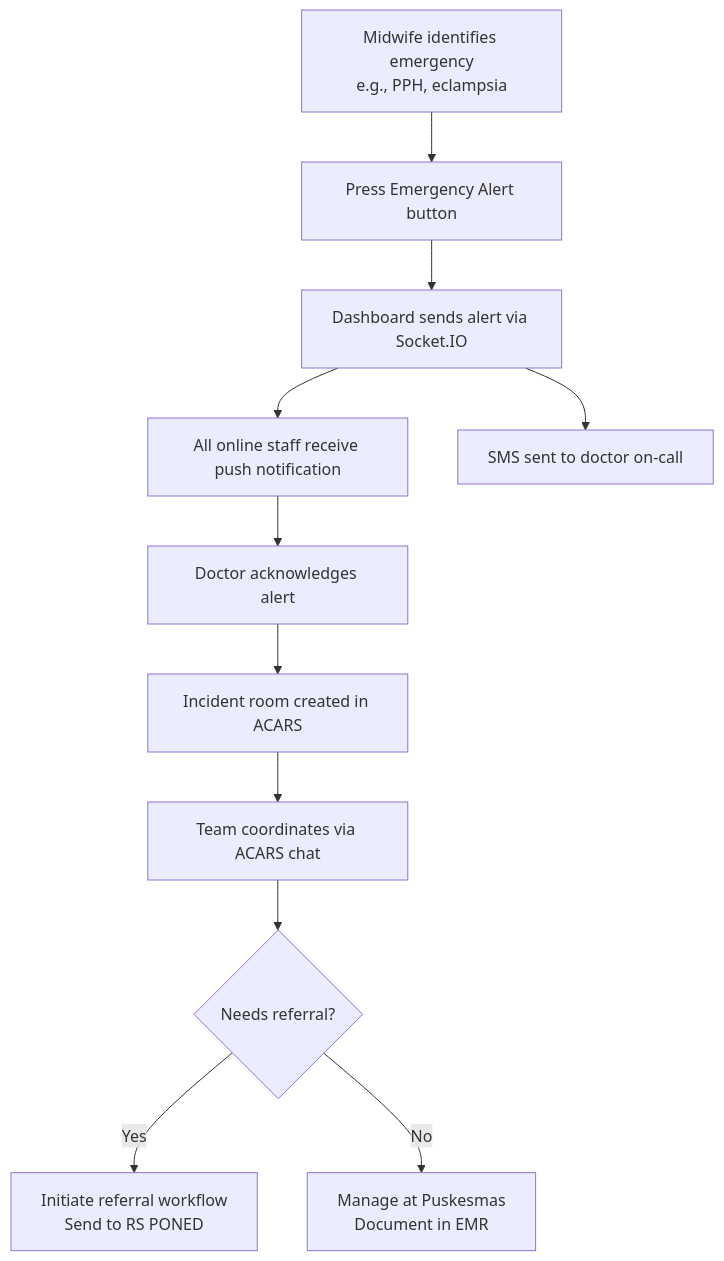
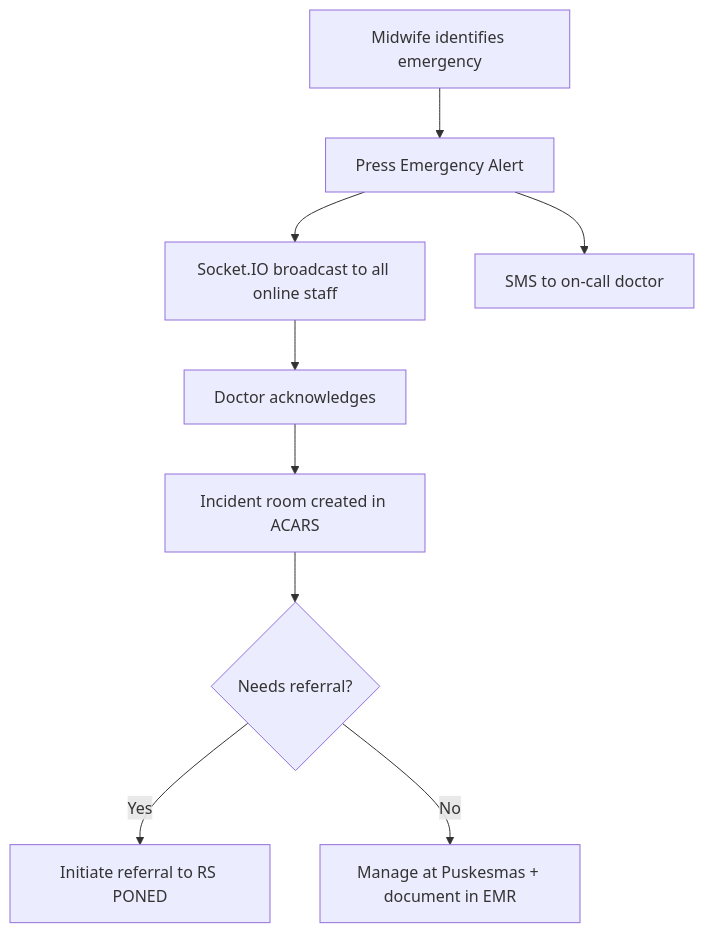
The ninth of 18 diagrams in README.md (Avvicenna/intelligenceboard), drawn with Mermaid before and after one commit. The commit also changed other lines of this file, not shown here.

````diff
--- a/README.md
+++ b/README.md
@@ -1589,13 +937,11 @@
 ```mermaid
 flowchart TD
-    A[Midwife identifies emergency\ne.g., PPH, eclampsia] --> B[Press Emergency Alert button]
-    B --> C[Dashboard sends alert via Socket.IO]
-    C --> D[All online staff receive push notification]
-    C --> E[SMS sent to doctor on-call]
-    D --> F[Doctor acknowledges alert]
-    F --> G[Incident room created in ACARS]
-    G --> H[Team coordinates via ACARS chat]
-    H --> I{Needs referral?}
-    I -- Yes --> J[Initiate referral workflow\nSend to RS PONED]
-    I -- No --> K[Manage at Puskesmas\nDocument in EMR]
+    A[Midwife identifies emergency] --> B[Press Emergency Alert]
+    B --> C[Socket.IO broadcast to all online staff]
+    B --> D[SMS to on-call doctor]
+    C --> E[Doctor acknowledges]
+    E --> F[Incident room created in ACARS]
+    F --> G{Needs referral?}
+    G -- Yes --> H[Initiate referral to RS PONED]
+    G -- No --> I[Manage at Puskesmas + document in EMR]
 ```
````
